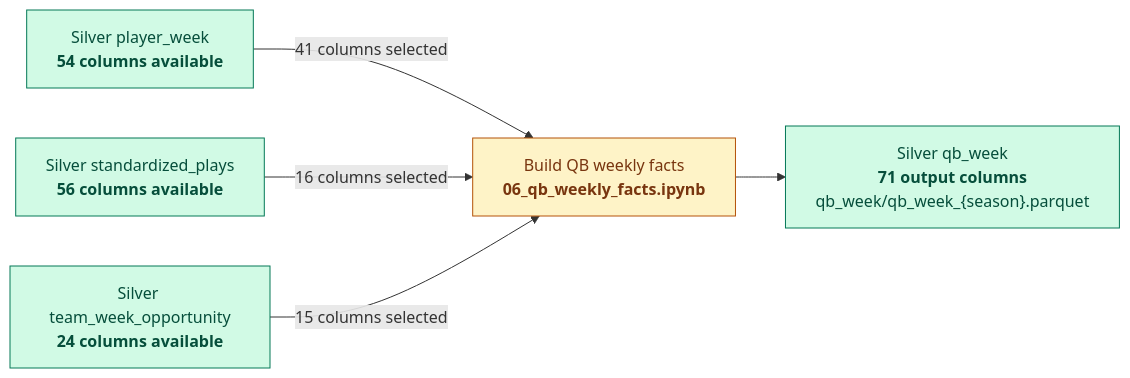
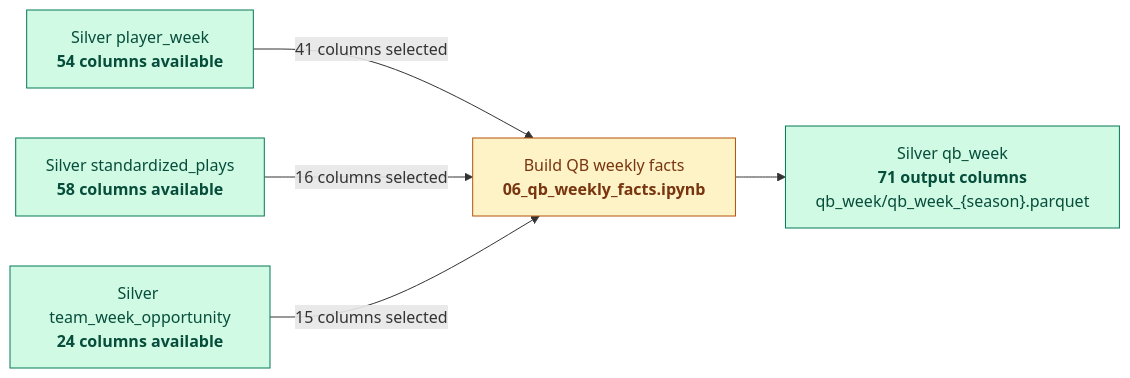
Before and after one commit to ddarby15/nfl-dream-lab-app: the sixth of 12 diagrams in docs/schema-evolution.md, drawn with Mermaid. The commit also changed other lines of this file and 25 other files, not shown here.

Commit message:
update docs and roadmap

````diff
--- a/docs/schema-evolution.md
+++ b/docs/schema-evolution.md
@@ -218,20 +219,20 @@
 ```mermaid
 flowchart LR
     S_WEEK["Silver player_week<br/><b>54 columns available</b>"]
-    S_PLAYS["Silver standardized_plays<br/><b>56 columns available</b>"]
+    S_PLAYS["Silver standardized_plays<br/><b>58 columns available</b>"]
     S_TEAM["Silver team_week_opportunity<br/><b>24 columns available</b>"]
 
     X_QB["Build QB weekly facts<br/><b>06_qb_weekly_facts.ipynb</b>"]
     S_QB["Silver qb_week<br/><b>71 output columns</b><br/>qb_week/qb_week_{season}.parquet"]
 
     S_WEEK -->|41 columns selected| X_QB
     S_PLAYS -->|16 columns selected| X_QB
     S_TEAM -->|15 columns selected| X_QB
     X_QB --> S_QB
 
     classDef step fill:#fef3c7,stroke:#b45309,color:#78350f;
     classDef silver fill:#d1fae5,stroke:#047857,color:#064e3b;
 
     class S_WEEK,S_PLAYS,S_TEAM,S_QB silver;
     class X_QB step;
 ```
````
